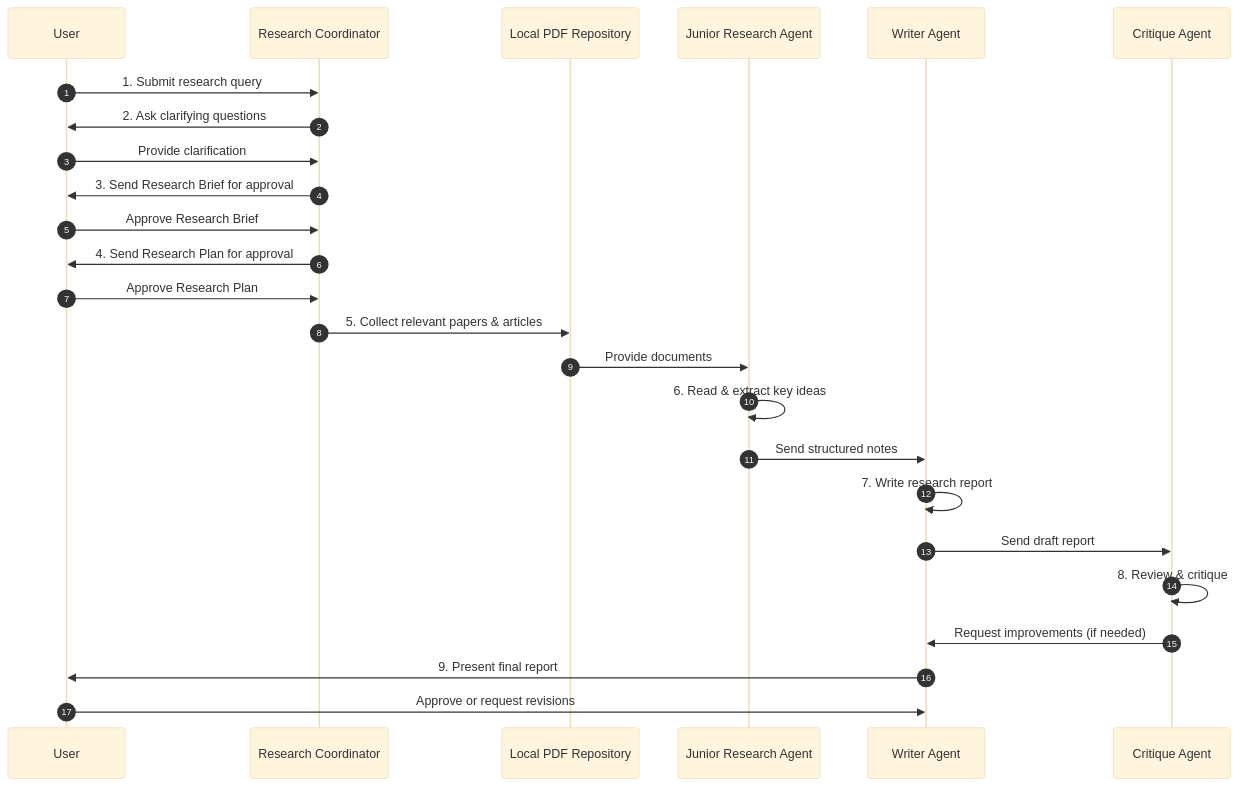
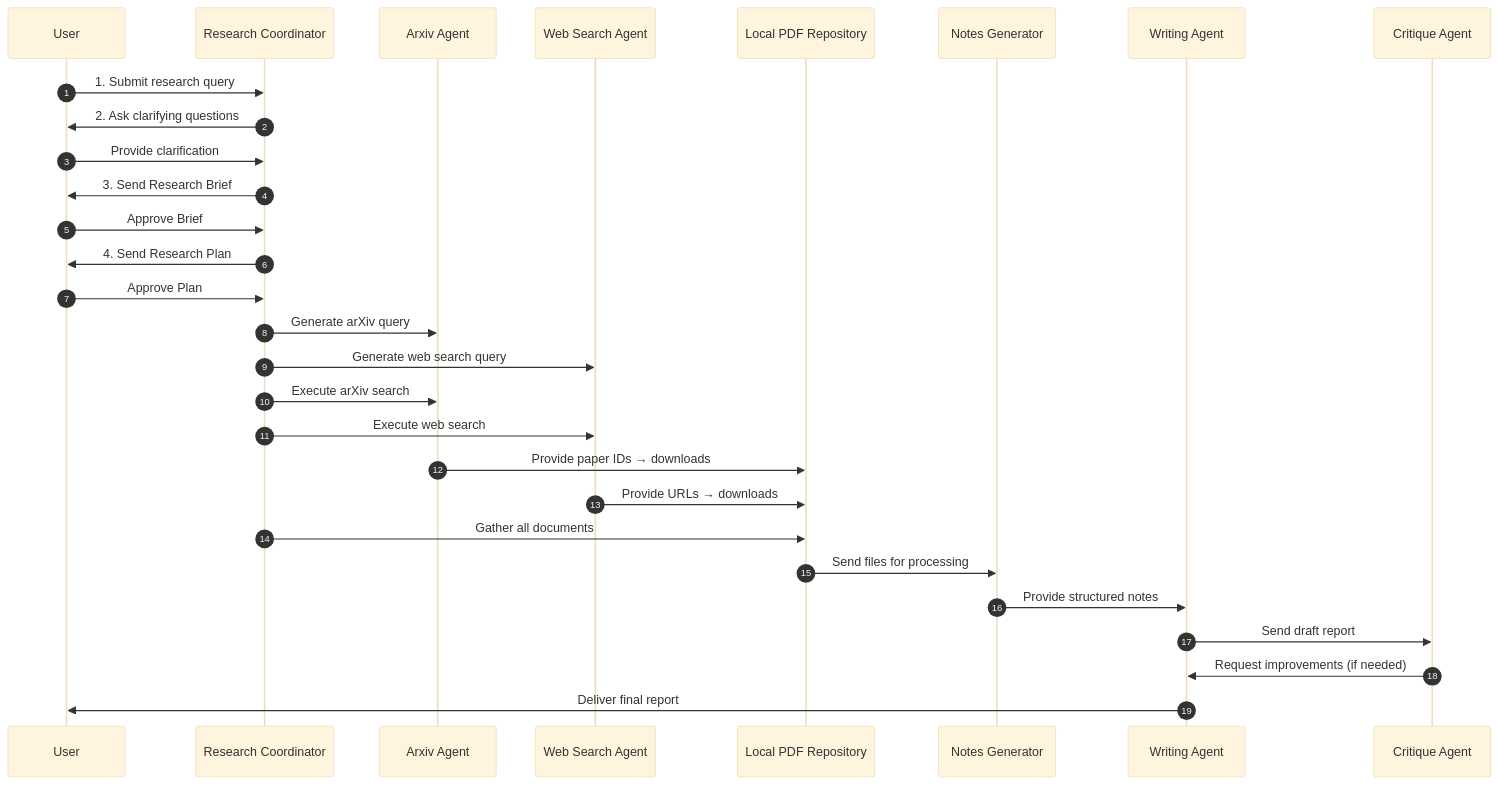
The second of 2 diagrams in README.md (Railtrack-Agent-auto-research-tool/Auto-Research-Agent-), drawn with Mermaid (base theme) before and after one commit. The commit also changed other lines of this file, not shown here.

````diff
--- a/README.md
+++ b/README.md
@@ -85,37 +115,41 @@
 ```mermaid
 sequenceDiagram
     autonumber
 
     participant U as User
     participant RC as Research Coordinator
+    participant AA as Arxiv Agent
+    participant WA as Web Search Agent
     participant PDF as Local PDF Repository
-    participant JRA as Junior Research Agent
-    participant WA as Writer Agent
-    participant CA as Critique Agent
+    participant Notes as Notes Generator
+    participant WR as Writing Agent
+    participant CR as Critique Agent
 
     U ->> RC: 1. Submit research query
     RC ->> U: 2. Ask clarifying questions
     U ->> RC: Provide clarification
 
-    RC ->> U: 3. Send Research Brief for approval
-    U ->> RC: Approve Research Brief
+    RC ->> U: 3. Send Research Brief
+    U ->> RC: Approve Brief
 
-    RC ->> U: 4. Send Research Plan for approval
-    U ->> RC: Approve Research Plan
+    RC ->> U: 4. Send Research Plan
+    U ->> RC: Approve Plan
 
-    RC ->> PDF: 5. Collect relevant papers & articles
-    PDF ->> JRA: Provide documents
+    RC ->> AA: Generate arXiv query
+    RC ->> WA: Generate web search query
 
-    JRA ->> JRA: 6. Read & extract key ideas
-    JRA ->> WA: Send structured notes
+    RC ->> AA: Execute arXiv search
+    RC ->> WA: Execute web search
 
-    WA ->> WA: 7. Write research report
-    WA ->> CA: Send draft report
+    AA ->> PDF: Provide paper IDs → downloads
+    WA ->> PDF: Provide URLs → downloads
 
-    CA ->> CA: 8. Review & critique
-    CA ->> WA: Request improvements (if needed)
+    RC ->> PDF: Gather all documents
+    PDF ->> Notes: Send files for processing
 
-    WA ->> U: 9. Present final report
-    U ->> WA: Approve or request revisions
+    Notes ->> WR: Provide structured notes
+    WR ->> CR: Send draft report
+    CR ->> WR: Request improvements (if needed)
 
+    WR ->> U: Deliver final report
 ```
````
